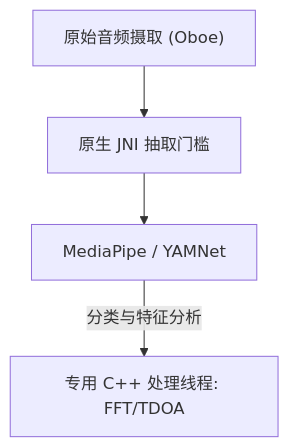
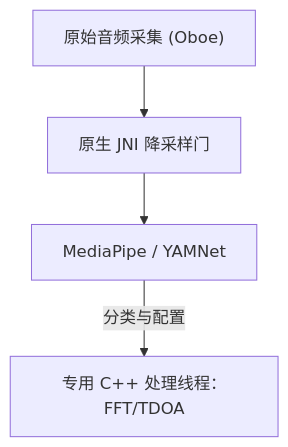
One commit to rpalm01-star/VigilantEarLegal changed the diagram in AREADME_zh-Hans.md. Above: the diagram before and after it, drawn with Mermaid. The commit also changed other lines of this file and 7 other files, not shown here.

````diff
--- a/AREADME_zh-Hans.md
+++ b/AREADME_zh-Hans.md
@@ -39,6 +43,6 @@
 ```mermaid
 graph TD
-    A["原始音频摄取 (Oboe)"] --> B["原生 JNI 抽取门槛"]
+    A["原始音频采集 (Oboe)"] --> B["原生 JNI 降采样门"]
     B --> C["MediaPipe / YAMNet"]
-    C -- "分类与特征分析" --> D["专用 C++ 处理线程: FFT/TDOA"]
+    C -- "分类与配置" --> D["专用 C++ 处理线程：FFT/TDOA"]
 ```
````
